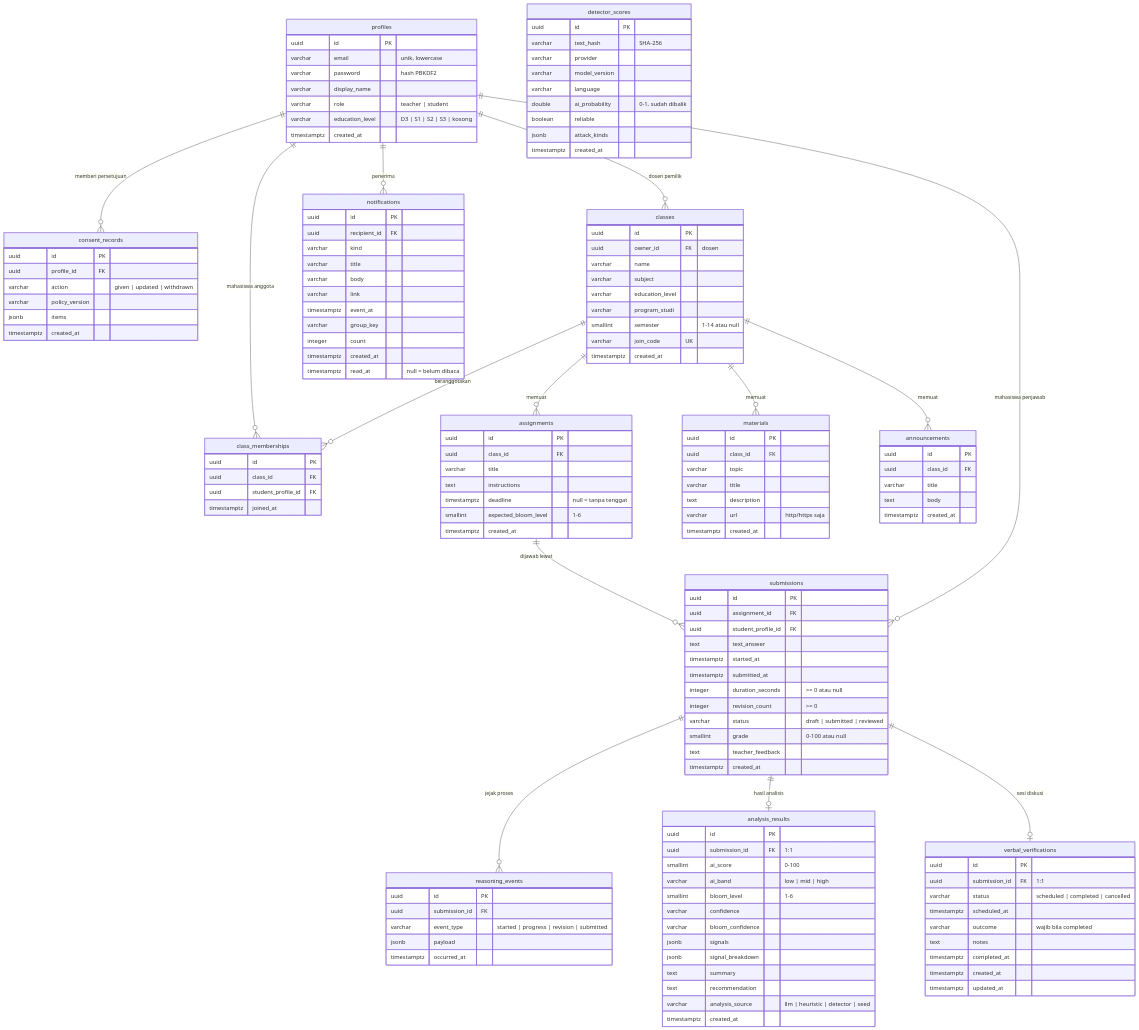
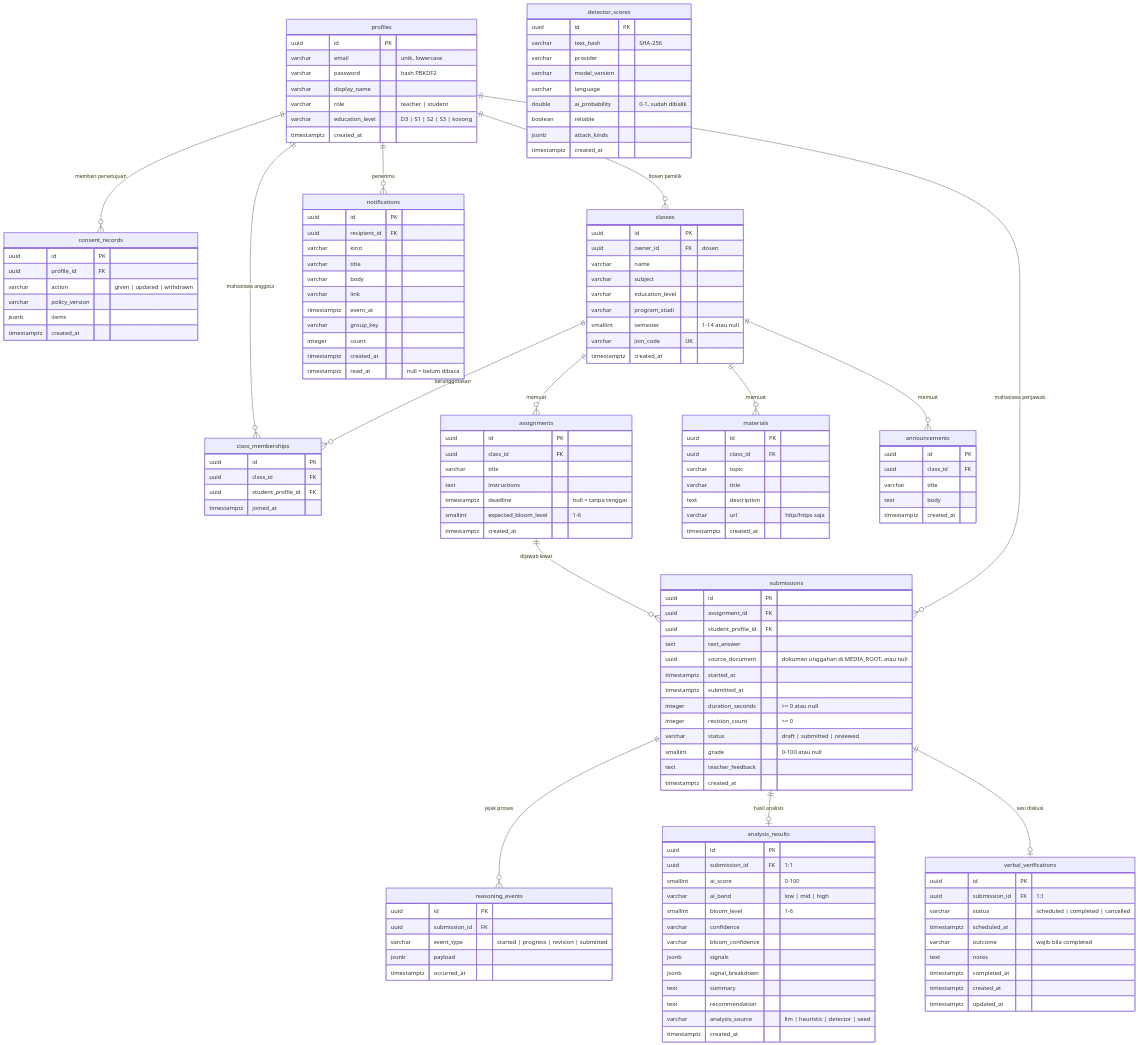
One commit to FadhRach/ThinkPath changed the first of 2 diagrams in diagram/08-erd-basis-data.md. Above: the diagram before and after it, drawn with Mermaid. The commit also changed 13 other files, not shown here.

```diff
--- a/diagram/08-erd-basis-data.md
+++ b/diagram/08-erd-basis-data.md
@@ -104,6 +104,7 @@
         uuid assignment_id FK
         uuid student_profile_id FK
         text text_answer
+        uuid source_document "dokumen unggahan di MEDIA_ROOT, atau null"
         timestamptz started_at
         timestamptz submitted_at
         integer duration_seconds ">= 0 atau null"
```
